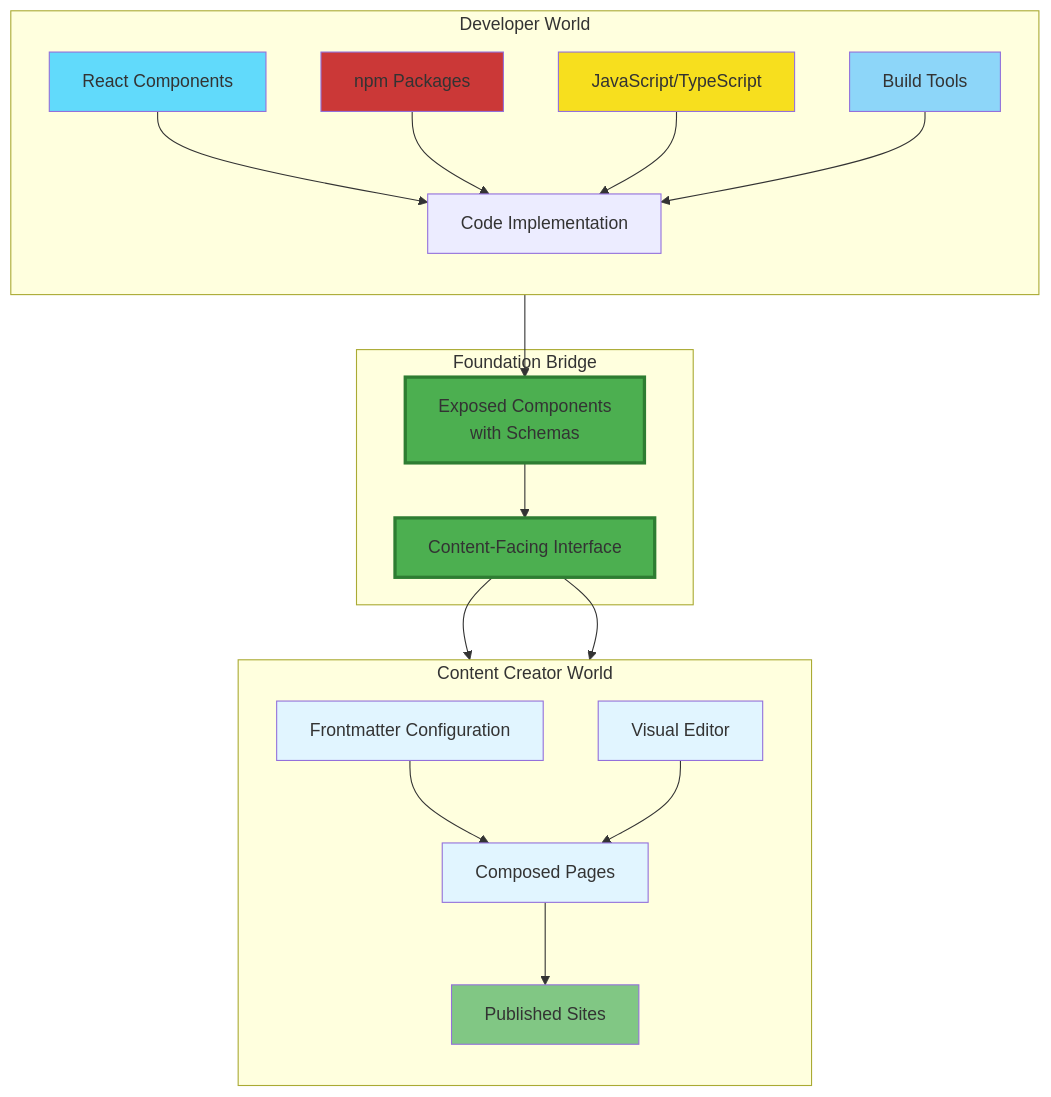
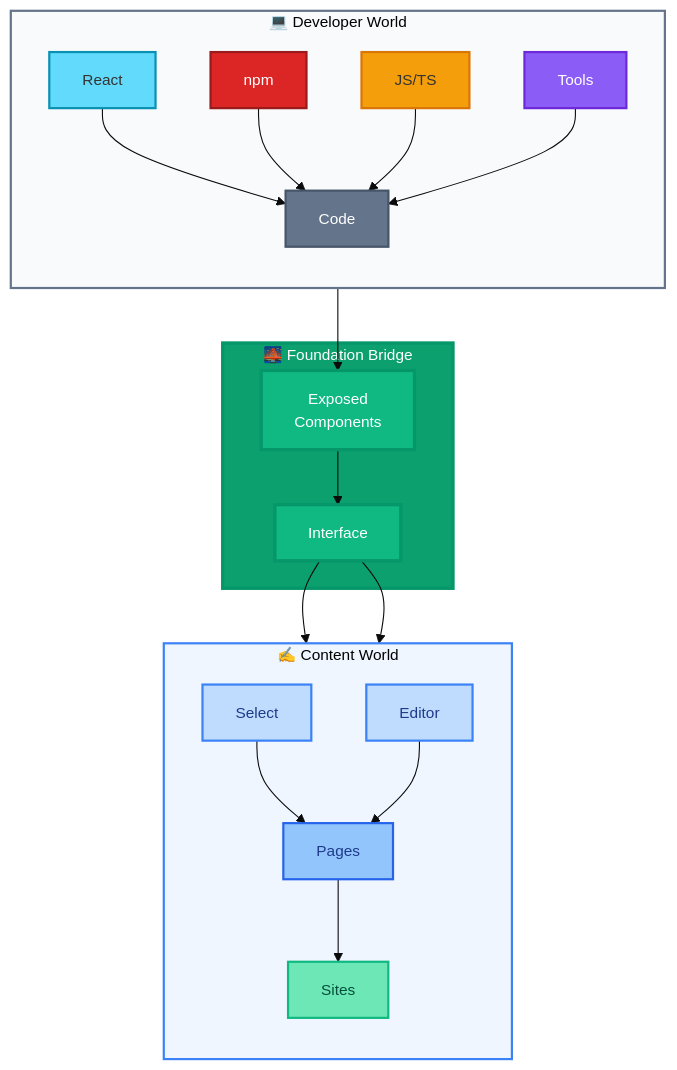
Before and after one commit to uniwebcms/framework: the fifth of 8 diagrams in docs/uniweb-diagrams.md, drawn with Mermaid. The commit also changed other lines of this file, not shown here.

Commit message:
Improve diagrams

````diff
--- a/docs/uniweb-diagrams.md
+++ b/docs/uniweb-diagrams.md
@@ -146,38 +167,44 @@
 ```mermaid
+%%{init: {'theme':'base', 'themeVariables': { 'primaryColor':'#10b981','fontSize':'14px'}}}%%
 graph TD
-    subgraph "Developer World"
+    subgraph DW["💻 Developer World"]
         direction TB
-        REACT[React Components]
-        NPM[npm Packages]
-        JS[JavaScript/TypeScript]
-        BUILD[Build Tools]
-        REACT --> CODE[Code Implementation]
+        REACT[React]
+        NPM[npm]
+        JS[JS/TS]
+        BUILD[Tools]
+        REACT --> CODE[Code]
         NPM --> CODE
         JS --> CODE
         BUILD --> CODE
-        style REACT fill:#61dafb
-        style NPM fill:#cb3837
-        style JS fill:#f7df1e
-        style BUILD fill:#8dd6f9
+        style REACT fill:#61dafb,stroke:#0891b2,stroke-width:2px
+        style NPM fill:#dc2626,stroke:#991b1b,stroke-width:2px,color:#fff
+        style JS fill:#f59e0b,stroke:#d97706,stroke-width:2px
+        style BUILD fill:#8b5cf6,stroke:#6d28d9,stroke-width:2px,color:#fff
+        style CODE fill:#64748b,stroke:#475569,stroke-width:2px,color:#fff
     end
-    
-    subgraph "Foundation Bridge"
-        CODE --> EXPOSED[Exposed Components<br/>with Schemas]
-        EXPOSED --> INTERFACE[Content-Facing Interface]
-        style EXPOSED fill:#4caf50,stroke:#2e7d32,stroke-width:3px
-        style INTERFACE fill:#4caf50,stroke:#2e7d32,stroke-width:3px
+
+    subgraph BR["🌉 Foundation Bridge"]
+        CODE --> EXP[Exposed<br/>Components]
+        EXP --> INT[Interface]
+        style EXP fill:#10b981,stroke:#059669,stroke-width:3px,color:#fff
+        style INT fill:#10b981,stroke:#059669,stroke-width:3px,color:#fff
     end
-    
-    subgraph "Content Creator World"
+
+    subgraph CW["✍️ Content World"]
         direction TB
-        INTERFACE --> FRONT[Frontmatter Configuration]
-        INTERFACE --> VISUAL[Visual Editor]
-        FRONT --> PAGES[Composed Pages]
-        VISUAL --> PAGES
-        PAGES --> PUBLISH[Published Sites]
-        style FRONT fill:#e1f5ff
-        style VISUAL fill:#e1f5ff
-        style PAGES fill:#e1f5ff
-        style PUBLISH fill:#81c784
+        INT --> SEL[Select]
+        INT --> VIS[Editor]
+        SEL --> PAGE[Pages]
+        VIS --> PAGE
+        PAGE --> PUB[Sites]
+        style SEL fill:#bfdbfe,stroke:#3b82f6,stroke-width:2px,color:#1e3a8a
+        style VIS fill:#bfdbfe,stroke:#3b82f6,stroke-width:2px,color:#1e3a8a
+        style PAGE fill:#93c5fd,stroke:#2563eb,stroke-width:2px,color:#1e3a8a
+        style PUB fill:#6ee7b7,stroke:#10b981,stroke-width:2px,color:#064e3b
     end
+
+    style DW fill:#f8fafc,stroke:#64748b,stroke-width:2px,color:#000
+    style BR fill:#0ca06f,stroke:#059669,stroke-width:3px,color:#fff
+    style CW fill:#eff6ff,stroke:#3b82f6,stroke-width:2px,color:#000
 ```
````
